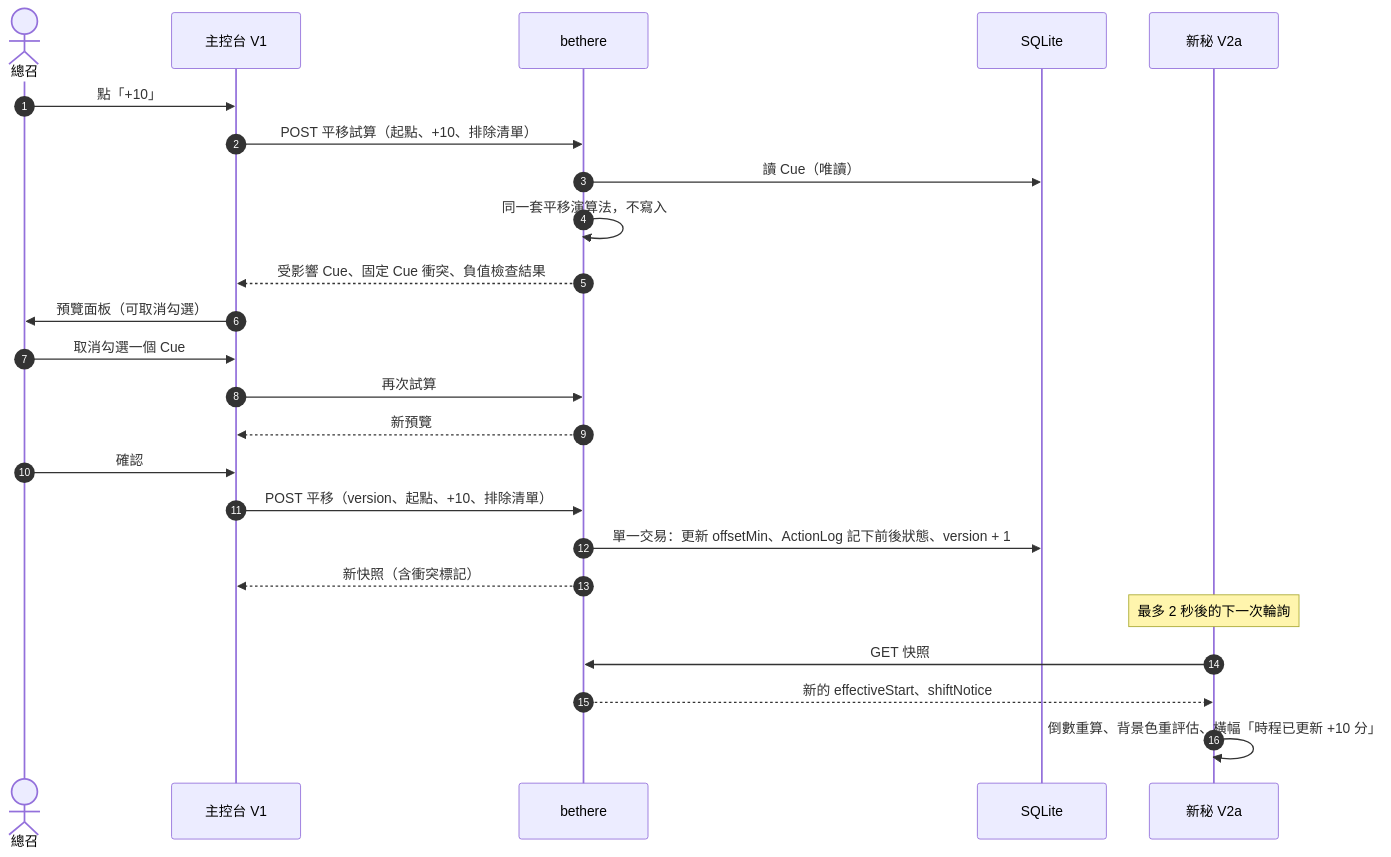
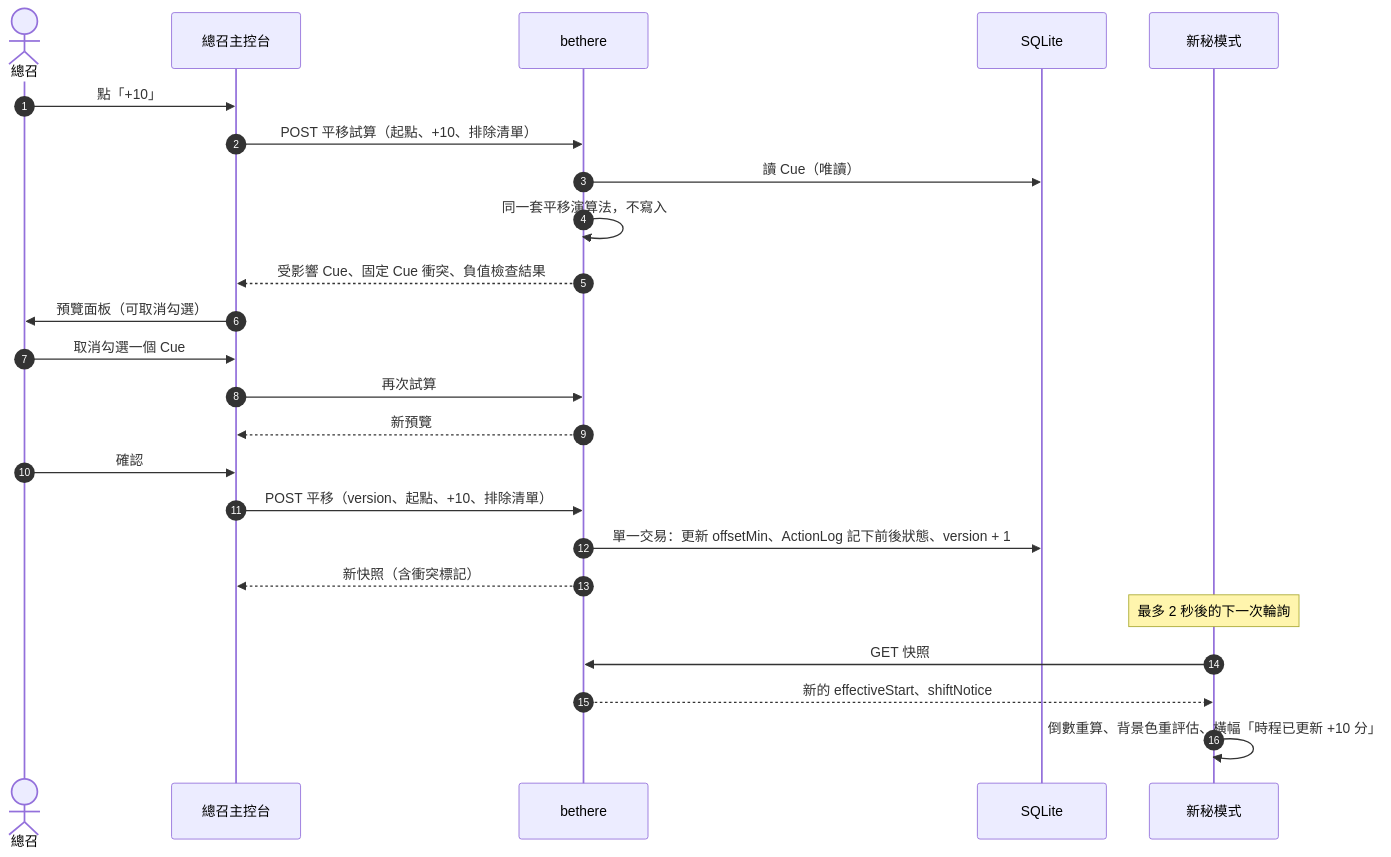
One commit to BensonPigo/bethere changed the fourth of 5 diagrams in docs/design/data-model.md. Above: the diagram before and after it, drawn with Mermaid. The commit also changed other lines of this file and 63 other files, not shown here.

````diff
--- a/docs/design/data-model.md
+++ b/docs/design/data-model.md
@@ -183,27 +183,27 @@
 ```mermaid
 sequenceDiagram
     autonumber
     actor M as 總召
-    participant V1 as 主控台 V1
+    participant C as 總召主控台
     participant S as bethere
     participant D as SQLite
-    participant V2 as 新秘 V2a
+    participant ST as 新秘模式
 
-    M->>V1: 點「+10」
-    V1->>S: POST 平移試算（起點、+10、排除清單）
+    M->>C: 點「+10」
+    C->>S: POST 平移試算（起點、+10、排除清單）
     S->>D: 讀 Cue（唯讀）
     S->>S: 同一套平移演算法，不寫入
-    S-->>V1: 受影響 Cue、固定 Cue 衝突、負值檢查結果
-    V1->>M: 預覽面板（可取消勾選）
-    M->>V1: 取消勾選一個 Cue
-    V1->>S: 再次試算
-    S-->>V1: 新預覽
-    M->>V1: 確認
-    V1->>S: POST 平移（version、起點、+10、排除清單）
+    S-->>C: 受影響 Cue、固定 Cue 衝突、負值檢查結果
+    C->>M: 預覽面板（可取消勾選）
+    M->>C: 取消勾選一個 Cue
+    C->>S: 再次試算
+    S-->>C: 新預覽
+    M->>C: 確認
+    C->>S: POST 平移（version、起點、+10、排除清單）
     S->>D: 單一交易：更新 offsetMin、ActionLog 記下前後狀態、version + 1
-    S-->>V1: 新快照（含衝突標記）
-    Note over V2: 最多 2 秒後的下一次輪詢
-    V2->>S: GET 快照
-    S-->>V2: 新的 effectiveStart、shiftNotice
-    V2->>V2: 倒數重算、背景色重評估、橫幅「時程已更新 +10 分」
+    S-->>C: 新快照（含衝突標記）
+    Note over ST: 最多 2 秒後的下一次輪詢
+    ST->>S: GET 快照
+    S-->>ST: 新的 effectiveStart、shiftNotice
+    ST->>ST: 倒數重算、背景色重評估、橫幅「時程已更新 +10 分」
 ```
````
